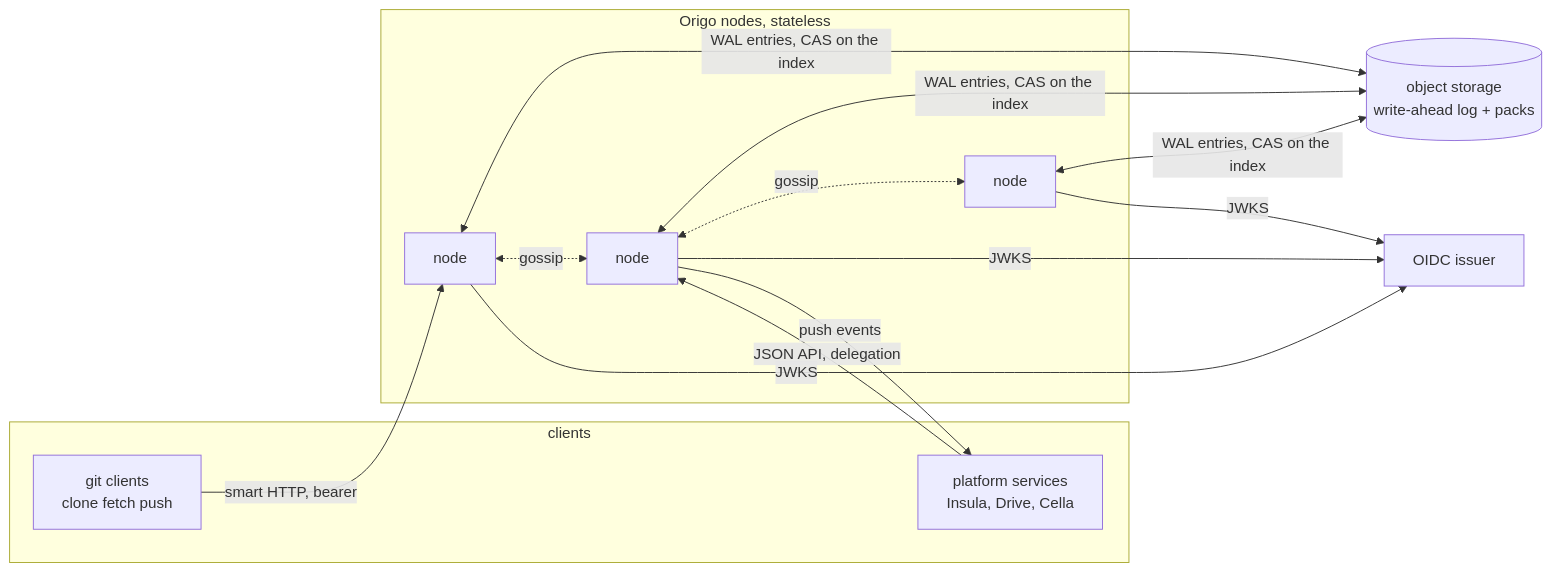
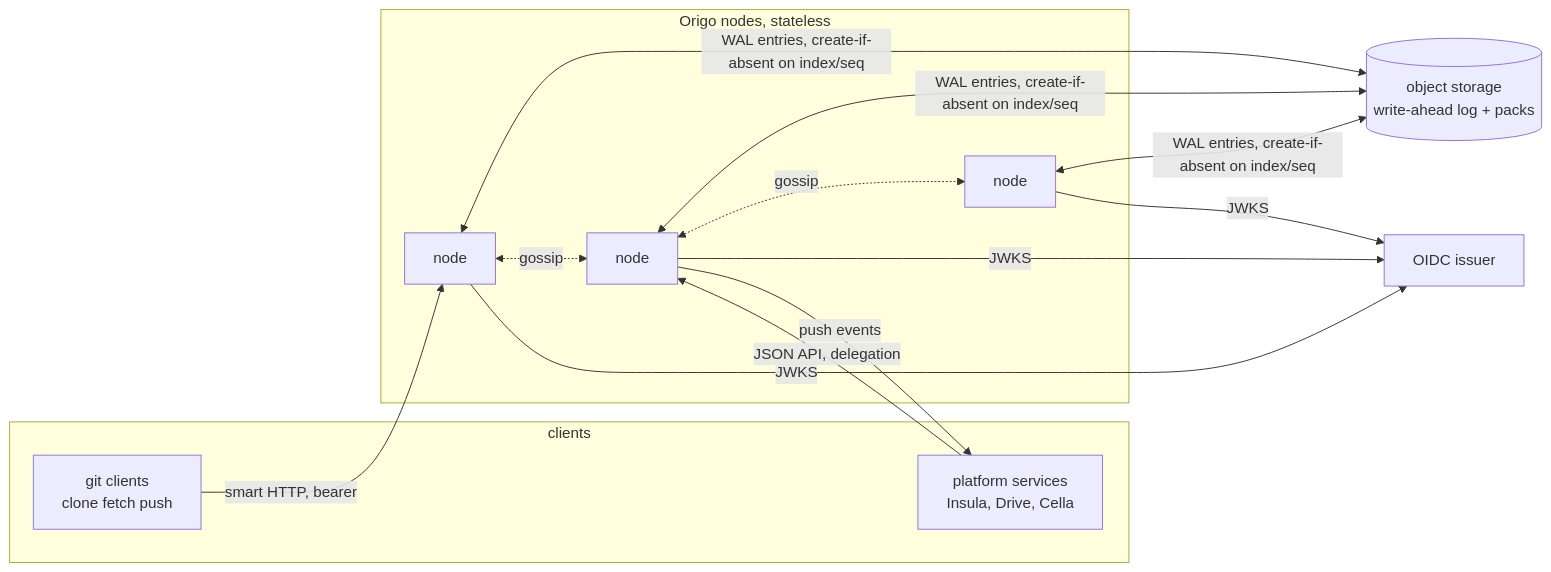
The first of 2 diagrams in specs/001-architecture.md (latere-ai/origo), drawn with Mermaid before and after one commit. The commit also changed other lines of this file and 2 other files, not shown here.

First line of the commit message:
specs: 004 commits by create-if-absent on an immutable index, 001 follows

````diff
--- a/specs/001-architecture.md
+++ b/specs/001-architecture.md
@@ -53,20 +53,20 @@
 ```mermaid
 flowchart LR
   subgraph clients
     G[git clients<br/>clone fetch push]
     P[platform services<br/>Insula, Drive, Cella]
   end
   subgraph origo[Origo nodes, stateless]
     N1[node]
     N2[node]
     N3[node]
   end
   S[(object storage<br/>write-ahead log + packs)]
   I[OIDC issuer]
   G -->|smart HTTP, bearer| N1
   P -->|JSON API, delegation| N2
-  N1 & N2 & N3 <-->|WAL entries, CAS on the index| S
+  N1 & N2 & N3 <-->|WAL entries, create-if-absent on index/seq| S
   N1 <-.->|gossip| N2 <-.->|gossip| N3
   N1 & N2 & N3 -->|JWKS| I
   N2 -->|push events| P
 ```
````
